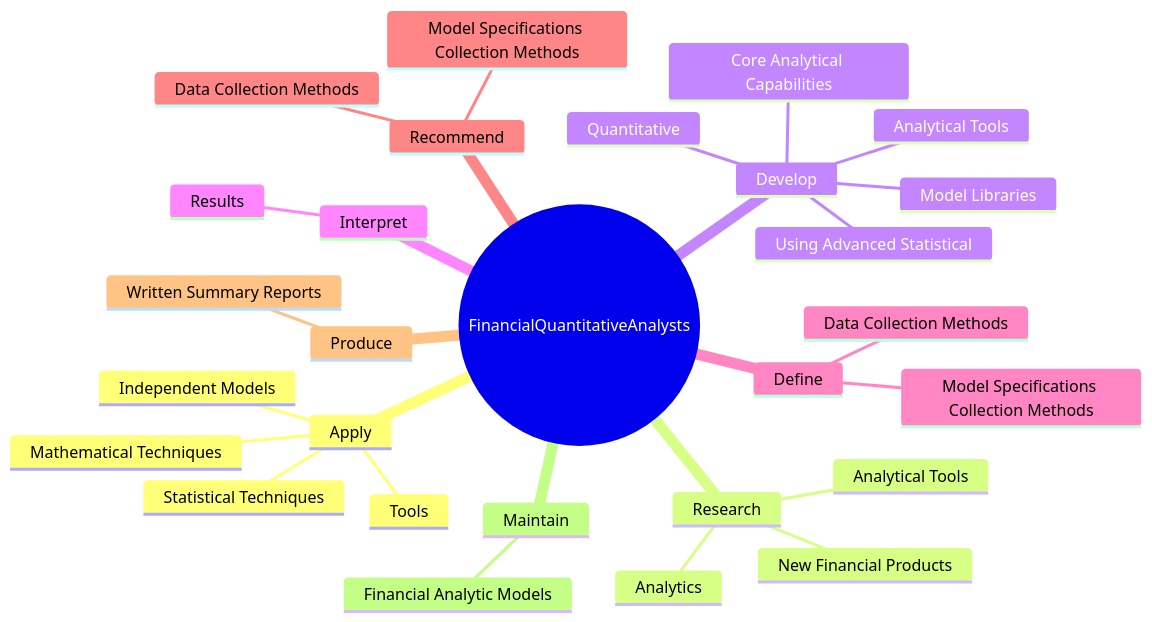
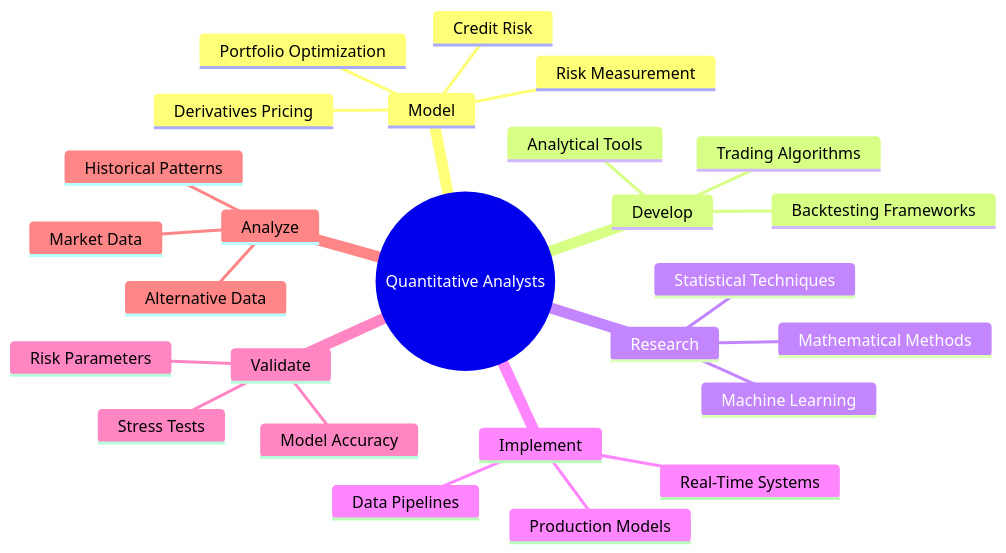
One commit to kziemski/business.org.ai changed the second of 4 diagrams in occupations/Business/FinancialQuantitativeAnalysts.mdx. Above: the diagram before and after it, drawn with Mermaid. The commit also changed other lines of this file and 938 other files, not shown here.

````diff
--- a/occupations/Business/FinancialQuantitativeAnalysts.mdx
+++ b/occupations/Business/FinancialQuantitativeAnalysts.mdx
@@ -38,31 +48,29 @@
 ```mermaid
 mindmap
-    root(("FinancialQuantitativeAnalysts"))
-        Apply
-            Mathematical Techniques
+    root(("Quantitative Analysts"))
+        Model
+            Derivatives Pricing
+            Risk Measurement
+            Portfolio Optimization
+            Credit Risk
+        Develop
+            Trading Algorithms
+            Analytical Tools
+            Backtesting Frameworks
+        Research
+            Mathematical Methods
             Statistical Techniques
-            Independent Models
-            Tools
-        Research
-            Analytical Tools
-            New Financial Products
-            Analytics
-        Develop
-            Analytical Tools
-            Core Analytical Capabilities
-            Model Libraries
-            Using Advanced Statistical
-            Quantitative
-        Interpret
-            Results
-        Define
-            Model Specifications Collection Methods
-            Data Collection Methods
-        Recommend
-            Model Specifications Collection Methods
-            Data Collection Methods
-        Produce
-            Written Summary Reports
-        Maintain
-            Financial Analytic Models
+            Machine Learning
+        Implement
+            Production Models
+            Real-Time Systems
+            Data Pipelines
+        Validate
+            Model Accuracy
+            Risk Parameters
+            Stress Tests
+        Analyze
+            Market Data
+            Alternative Data
+            Historical Patterns
 ```
````
